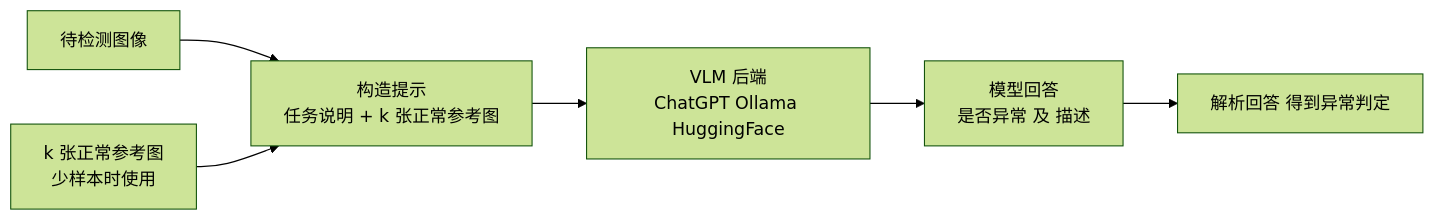
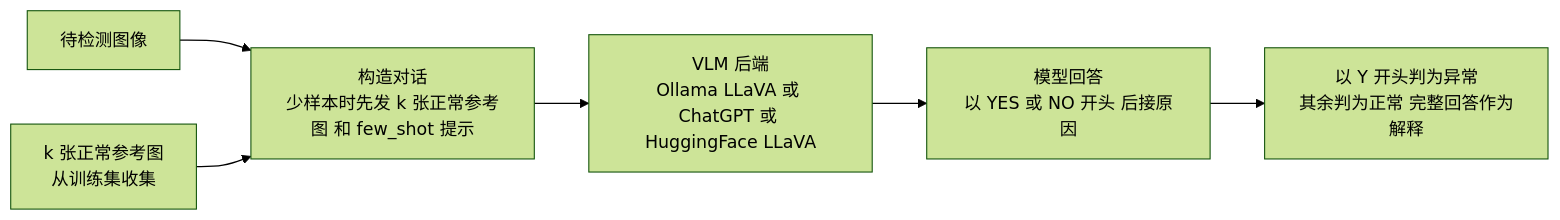
Before and after one commit to junxnone/aiwiki: the diagram in docs/bk/0763_paper_VLMAD.md, drawn with Mermaid (forest theme). The commit also changed other lines of this file and 1 other file, not shown here.

````diff
--- a/docs/bk/0763_paper_VLMAD.md
+++ b/docs/bk/0763_paper_VLMAD.md
@@ -21,8 +26,8 @@
 ``` mermaid
 graph LR
-    I["待检测图像"] --> P["构造提示<br/>任务说明 + k 张正常参考图"]
-    R["k 张正常参考图<br/>少样本时使用"] --> P
-    P --> B["VLM 后端<br/>ChatGPT Ollama HuggingFace"]
-    B --> T["模型回答<br/>是否异常 及 描述"]
-    T --> S["解析回答 得到异常判定"]
+    I["待检测图像"] --> Q["构造对话<br/>少样本时先发 k 张正常参考图 和 few_shot 提示"]
+    R["k 张正常参考图<br/>从训练集收集"] --> Q
+    Q --> B["VLM 后端<br/>Ollama LLaVA 或 ChatGPT 或 HuggingFace LLaVA"]
+    B --> T["模型回答<br/>以 YES 或 NO 开头 后接原因"]
+    T --> L["以 Y 开头判为异常<br/>其余判为正常 完整回答作为解释"]
 ```
````
